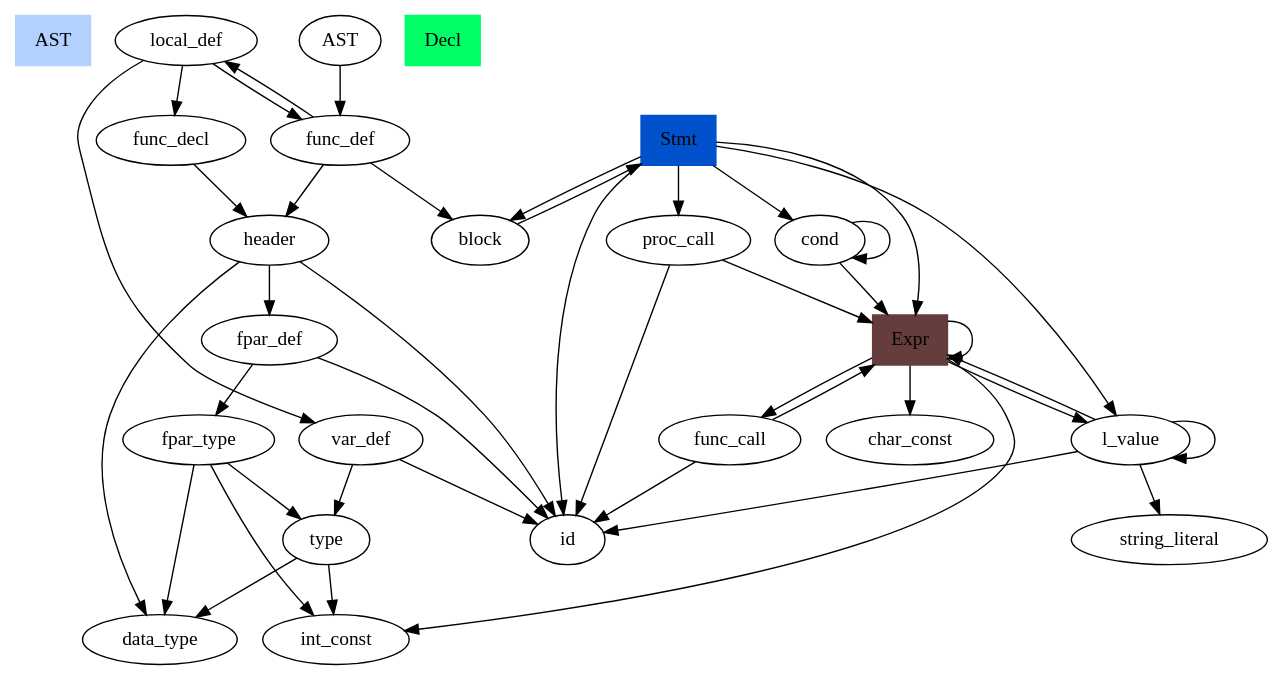
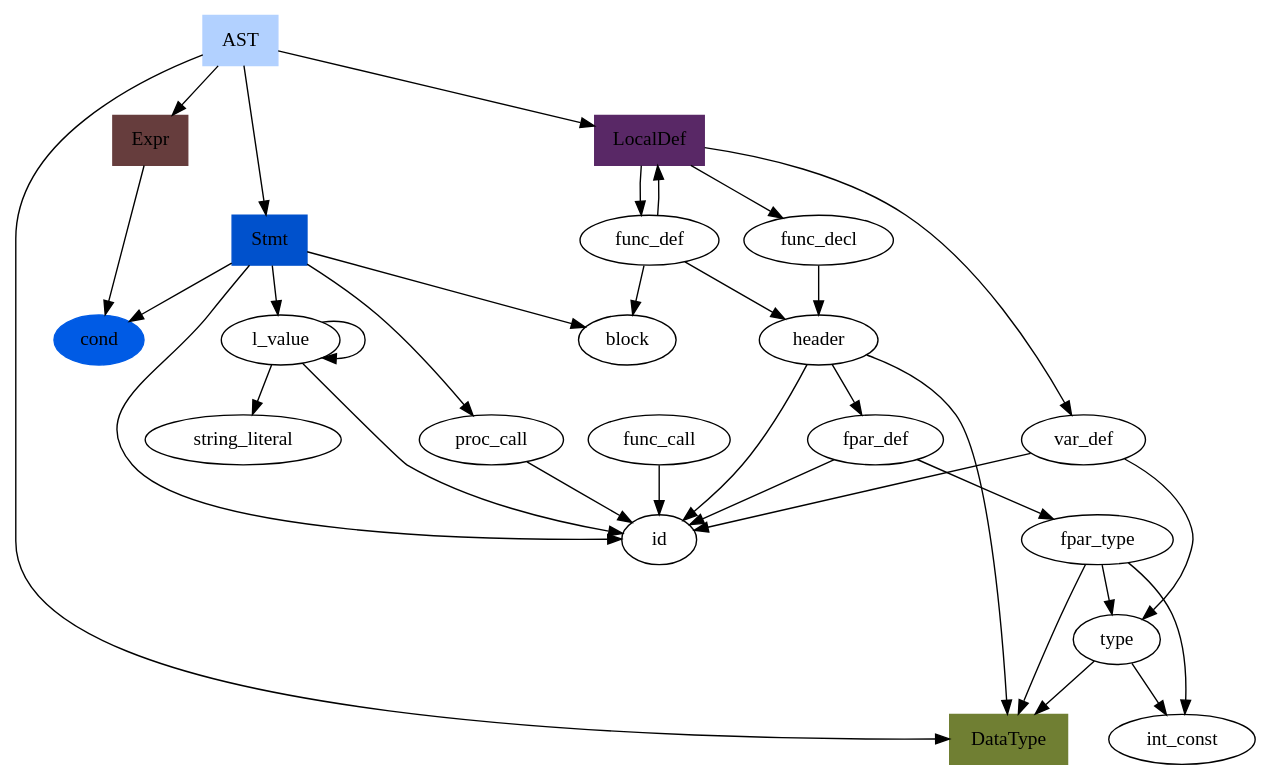
One commit to orion-3464/yadanac changed the diagram in visualizations/hierarchy.dot. Above: the diagram before and after it, drawn with Graphviz. The commit also changed 1 other file, not shown here.

```diff
--- a/visualizations/hierarchy.dot
+++ b/visualizations/hierarchy.dot
@@ -1,69 +1,60 @@
 digraph AST {
     ast [label = "AST", shape = box, weight = 8, style = filled, color = ".6 .3 1.0"];
 
     stmt [label = "Stmt", shape = box, weight = 8, style = filled, color = ".6 1.0 .8"];
     expr [label = "Expr", shape = box, weight = 8, style = filled, color = "1.0 .4 .4"];
-    decl [label = "Decl", shape = box, weight = 8, style = filled, color = ".4 1.0 1.0"];
+    data_type [label = "DataType", shape = box, weight = 8, style = filled, color = ".2 .6 .5"]; 
+    local_def [label = "LocalDef", shape = box, weight = 8, style = filled, color = ".8 .6 .4"];
+
+    cond [label = cond, weight = 8, style = filled, color = ".6 1.0 .9"];
 
     func_def;
     
     header;
     local_def;
     block;
 
     id;
-    data_type;
     fpar_def;
 
     fpar_type;
 
     type;
     int_const;
 
-    local_def;
     func_decl;
     var_def;
 
-    stmt;
     l_value;
-    expr;
     proc_call;
-    cond;
+    
+    string_literal;
 
-    string_literal;
-    char_const;
+    ast -> { stmt, expr, data_type, local_def };
 
-    AST -> func_def;
+    expr -> { cond };
 
     func_def -> { header, local_def, block };
 
     header -> { id, data_type, fpar_def };
 
     fpar_def -> { id, fpar_type };
-
-    // data_type -> int|byte
 
     type -> { data_type, int_const };
 
     fpar_type -> { type, data_type, int_const };
 
     local_def -> { func_def, func_decl, var_def };
 
     func_decl -> header;
 
     var_def -> { id, type };
 
-    stmt -> { l_value, expr, proc_call, block, cond, id };
+    stmt -> { l_value, proc_call, block, cond, id };
 
-    block -> { stmt };
+    proc_call -> { id };
 
-    proc_call -> { id, expr };
+    func_call -> { id };
 
-    func_call -> { id, expr };
-
-    l_value -> { id, string_literal, l_value, expr };
-
-    expr -> { int_const, char_const, l_value, expr, func_call  };
-
-    cond -> { expr, cond };
+    l_value -> { id, string_literal, l_value };
 }
```
